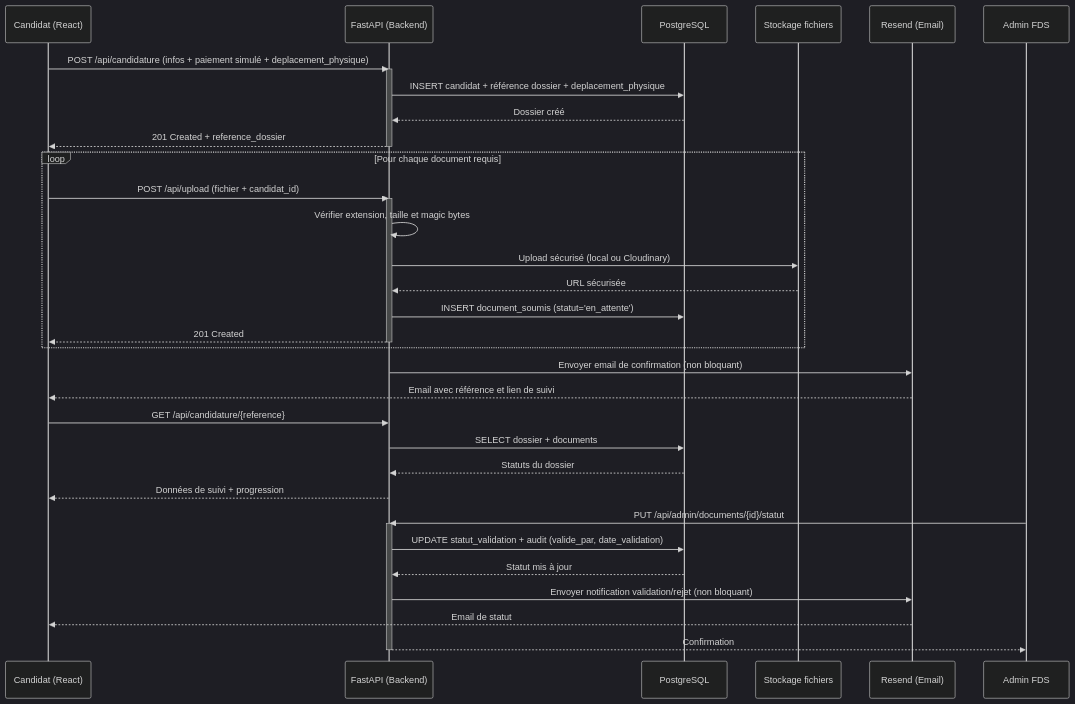
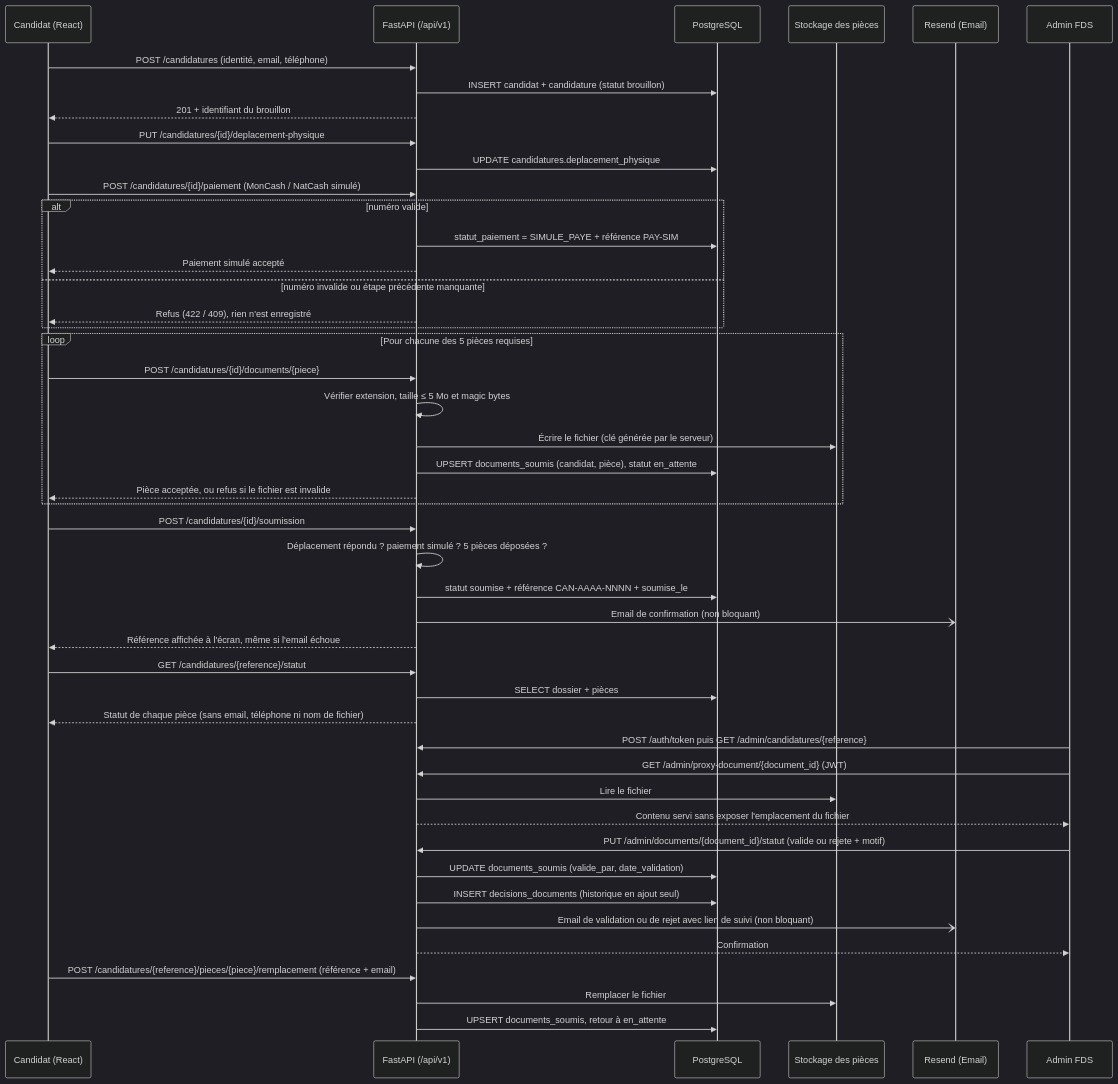
Before and after one commit to Paro-fds/bravetech: the second of 4 diagrams in cahier_des_charges.md, drawn with Mermaid (dark theme). The commit also changed other lines of this file, not shown here.

First line of the commit message:
docs(cdc): cahier des charges aligné sur ce qui est construit

````diff
--- a/cahier_des_charges.md
+++ b/cahier_des_charges.md
@@ -193,44 +201,57 @@
 ```mermaid
 sequenceDiagram
     participant C as Candidat (React)
-    participant API as FastAPI (Backend)
+    participant API as FastAPI (/api/v1)
     participant DB as PostgreSQL
-    participant Store as Stockage fichiers
+    participant Store as Stockage des pièces
     participant Mail as Resend (Email)
     participant A as Admin FDS
 
-    C->>API: POST /api/candidature (infos + paiement simulé + deplacement_physique)
-    activate API
-    API->>DB: INSERT candidat + référence dossier + deplacement_physique
-    DB-->>API: Dossier créé
-    API-->>C: 201 Created + reference_dossier
-    deactivate API
+    C->>API: POST /candidatures (identité, email, téléphone)
+    API->>DB: INSERT candidat + candidature (statut brouillon)
+    API-->>C: 201 + identifiant du brouillon
 
-    loop Pour chaque document requis
-        C->>API: POST /api/upload (fichier + candidat_id)
-        activate API
-        API->>API: Vérifier extension, taille et magic bytes
-        API->>Store: Upload sécurisé (local ou Cloudinary)
-        Store-->>API: URL sécurisée
-        API->>DB: INSERT document_soumis (statut='en_attente')
-        API-->>C: 201 Created
-        deactivate API
+    C->>API: PUT /candidatures/{id}/deplacement-physique
+    API->>DB: UPDATE candidatures.deplacement_physique
+
+    C->>API: POST /candidatures/{id}/paiement (MonCash / NatCash simulé)
+    alt numéro valide
+        API->>DB: statut_paiement = SIMULE_PAYE + référence PAY-SIM
+        API-->>C: Paiement simulé accepté
+    else numéro invalide ou étape précédente manquante
+        API-->>C: Refus (422 / 409), rien n'est enregistré
     end
 
-    API->>Mail: Envoyer email de confirmation (non bloquant)
-    Mail-->>C: Email avec référence et lien de suivi
+    loop Pour chacune des 5 pièces requises
+        C->>API: POST /candidatures/{id}/documents/{piece}
+        API->>API: Vérifier extension, taille ≤ 5 Mo et magic bytes
+        API->>Store: Écrire le fichier (clé générée par le serveur)
+        API->>DB: UPSERT documents_soumis (candidat, pièce), statut en_attente
+        API-->>C: Pièce acceptée, ou refus si le fichier est invalide
+    end
 
-    C->>API: GET /api/candidature/{reference}
-    API->>DB: SELECT dossier + documents
-    DB-->>API: Statuts du dossier
-    API-->>C: Données de suivi + progression
+    C->>API: POST /candidatures/{id}/soumission
+    API->>API: Déplacement répondu ? paiement simulé ? 5 pièces déposées ?
+    API->>DB: statut soumise + référence CAN-AAAA-NNNN + soumise_le
+    API-)Mail: Email de confirmation (non bloquant)
+    API-->>C: Référence affichée à l'écran, même si l'email échoue
 
-    A->>API: PUT /api/admin/documents/{id}/statut
-    activate API
-    API->>DB: UPDATE statut_validation + audit (valide_par, date_validation)
-    DB-->>API: Statut mis à jour
-    API->>Mail: Envoyer notification validation/rejet (non bloquant)
-    Mail-->>C: Email de statut
+    C->>API: GET /candidatures/{reference}/statut
+    API->>DB: SELECT dossier + pièces
+    API-->>C: Statut de chaque pièce (sans email, téléphone ni nom de fichier)
+
+    A->>API: POST /auth/token puis GET /admin/candidatures/{reference}
+    A->>API: GET /admin/proxy-document/{document_id} (JWT)
+    API->>Store: Lire le fichier
+    API-->>A: Contenu servi sans exposer l'emplacement du fichier
+
+    A->>API: PUT /admin/documents/{document_id}/statut (valide ou rejete + motif)
+    API->>DB: UPDATE documents_soumis (valide_par, date_validation)
+    API->>DB: INSERT decisions_documents (historique en ajout seul)
+    API-)Mail: Email de validation ou de rejet avec lien de suivi (non bloquant)
     API-->>A: Confirmation
-    deactivate API
+
+    C->>API: POST /candidatures/{reference}/pieces/{piece}/remplacement (référence + email)
+    API->>Store: Remplacer le fichier
+    API->>DB: UPSERT documents_soumis, retour à en_attente
 ```
````
